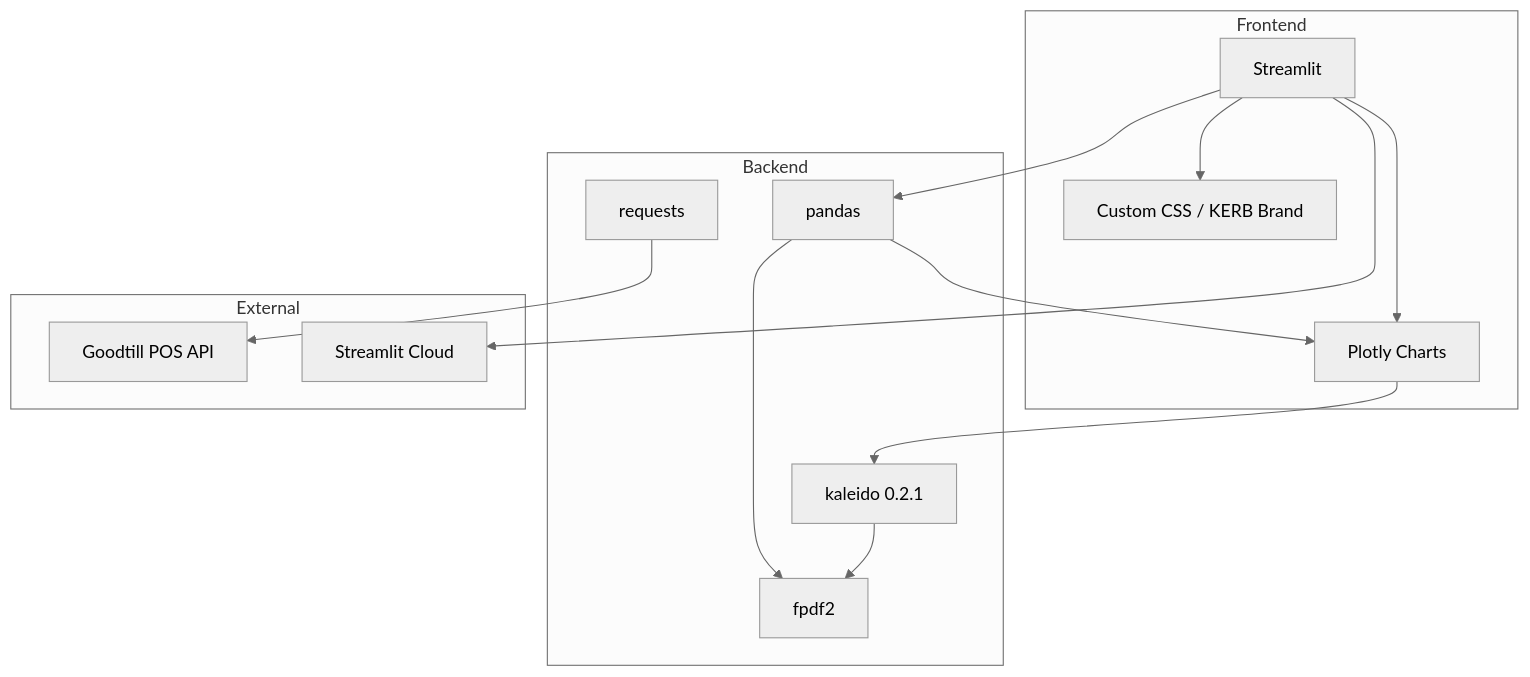
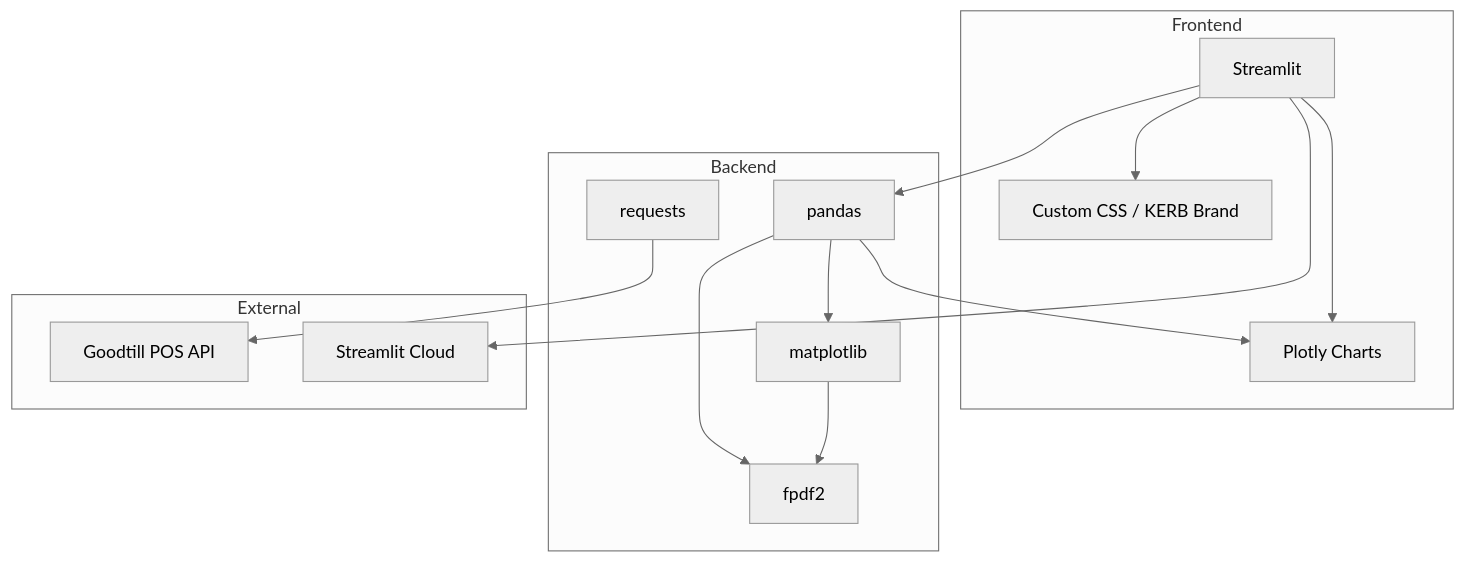
Before and after one commit to jagger-kerb/Wastage-Reports: the fifth of 5 diagrams in SPEC.md, drawn with Mermaid (neutral theme). The commit also changed other lines of this file and 4 other files, not shown here.

First line of the commit message:
Render PDF charts with matplotlib instead of kaleido

````diff
--- a/SPEC.md
+++ b/SPEC.md
@@ -199,28 +199,28 @@
 ```mermaid
 graph TB
     subgraph Frontend
         ST[Streamlit]
         PL[Plotly Charts]
         CSS[Custom CSS / KERB Brand]
     end
     subgraph Backend
         PD[pandas]
         RQ[requests]
         FP[fpdf2]
-        KL[kaleido 0.2.1]
+        MP[matplotlib]
     end
     subgraph External
         API[Goodtill POS API]
         SC[Streamlit Cloud]
     end
 
     ST --> PL
     ST --> CSS
     ST --> PD
     RQ --> API
     PD --> PL
     PD --> FP
-    PL --> KL
-    KL --> FP
+    PD --> MP
+    MP --> FP
     ST --> SC
 ```
````
